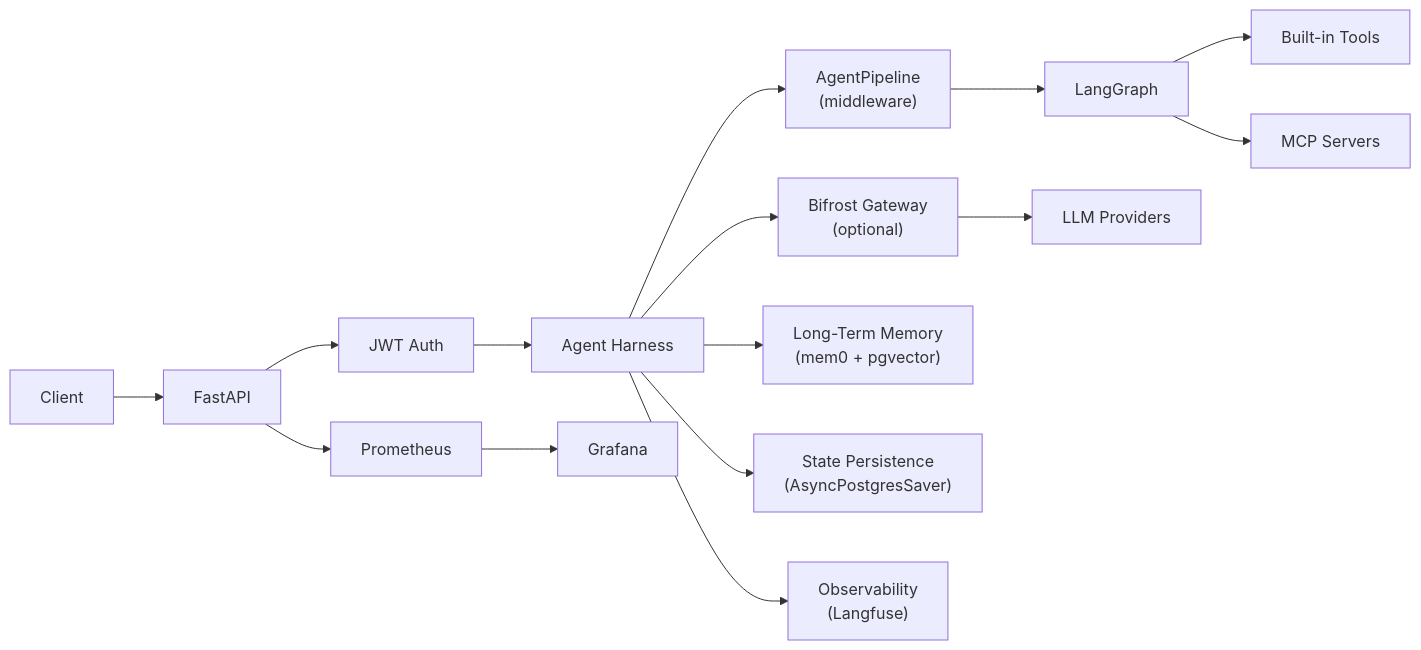
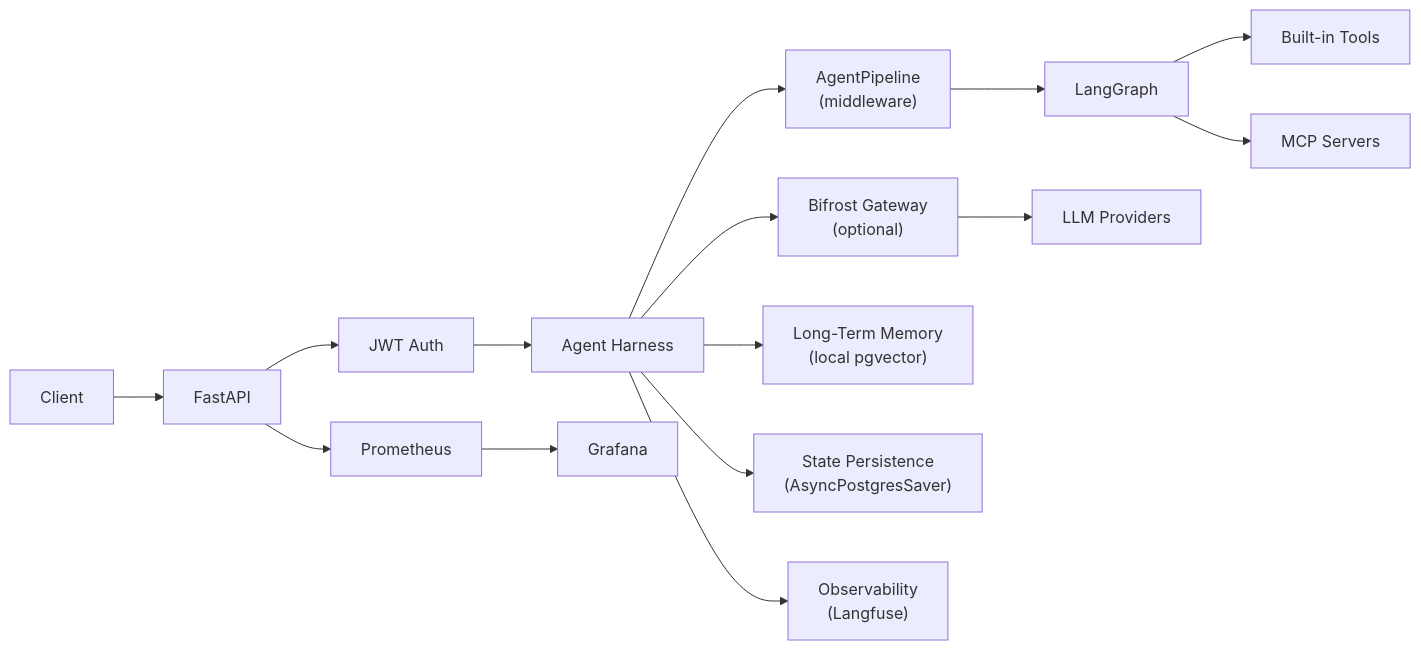
Before and after one commit to apssouza22/agent-harness-prod-ready-template: the first of 5 diagrams in docs/ARTICLE.md, drawn with Mermaid. The commit also changed other lines of this file and 7 other files, not shown here.

````diff
--- a/docs/ARTICLE.md
+++ b/docs/ARTICLE.md
@@ -15,17 +15,17 @@
 ```mermaid
 flowchart LR
   Client --> FastAPI
   FastAPI --> Auth["JWT Auth"]
   Auth --> Harness["Agent Harness"]
   Harness --> Pipeline["AgentPipeline\n(middleware)"]
   Pipeline --> LangGraph
   LangGraph --> Tools["Built-in Tools"]
   LangGraph --> MCP["MCP Servers"]
   Harness --> Bifrost["Bifrost Gateway\n(optional)"]
   Bifrost --> LLM["LLM Providers"]
-  Harness --> Memory["Long-Term Memory\n(mem0 + pgvector)"]
+  Harness --> Memory["Long-Term Memory\n(local pgvector)"]
   Harness --> Checkpoint["State Persistence\n(AsyncPostgresSaver)"]
   Harness --> Langfuse["Observability\n(Langfuse)"]
   FastAPI --> Prometheus
   Prometheus --> Grafana
 ```
````
